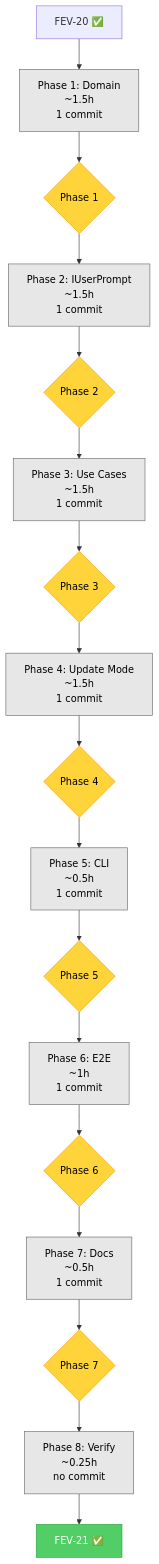
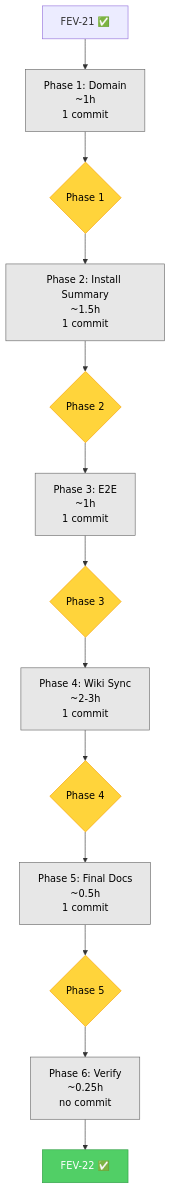
The diagram in tasks/todo.md (Fisherk2/codice-opencode), drawn with Mermaid before and after one commit. The commit also changed other lines of this file and 1 other file, not shown here.

````diff
--- a/tasks/todo.md
+++ b/tasks/todo.md
@@ -380,24 +355,20 @@
 ```mermaid
 graph TD
-    F20[FEV-20 ✅] --> P1
-    P1[Phase 1: Domain<br/>~1.5h<br/>1 commit]:::seq --> CP1
+    F21[FEV-21 ✅] --> P1
+    P1[Phase 1: Domain<br/>~1h<br/>1 commit]:::seq --> CP1
     CP1{Phase 1}:::gate --> P2
-    P2[Phase 2: IUserPrompt<br/>~1.5h<br/>1 commit]:::seq --> CP2
+    P2[Phase 2: Install Summary<br/>~1.5h<br/>1 commit]:::seq --> CP2
     CP2{Phase 2}:::gate --> P3
-    P3[Phase 3: Use Cases<br/>~1.5h<br/>1 commit]:::seq --> CP3
+    P3[Phase 3: E2E<br/>~1h<br/>1 commit]:::seq --> CP3
     CP3{Phase 3}:::gate --> P4
-    P4[Phase 4: Update Mode<br/>~1.5h<br/>1 commit]:::seq --> CP4
+    P4[Phase 4: Wiki Sync<br/>~2-3h<br/>1 commit]:::seq --> CP4
     CP4{Phase 4}:::gate --> P5
-    P5[Phase 5: CLI<br/>~0.5h<br/>1 commit]:::seq --> CP5
-    CP5{Phase 5}:::gate --> P6
-    P6[Phase 6: E2E<br/>~1h<br/>1 commit]:::seq --> CP6
-    CP6{Phase 6}:::gate --> P7
-    P7[Phase 7: Docs<br/>~0.5h<br/>1 commit]:::seq --> CP7
-    CP7{Phase 7}:::gate --> V
-    V[Phase 8: Verify<br/>~0.25h<br/>no commit]:::seq --> DONE
-    DONE[FEV-21 ✅]:::done
+    P5[Phase 5: Final Docs<br/>~0.5h<br/>1 commit]:::seq --> CP5
+    CP5{Phase 5}:::gate --> V
+    V[Phase 6: Verify<br/>~0.25h<br/>no commit]:::seq --> DONE
+    DONE[FEV-22 ✅]:::done
 
     classDef done fill:#51cf66,stroke:#2f9e44,color:#fff
     classDef gate fill:#ffd43b,stroke:#f59f00,color:#000
     classDef seq fill:#e7e7e7,stroke:#666,color:#000
 ```
````
